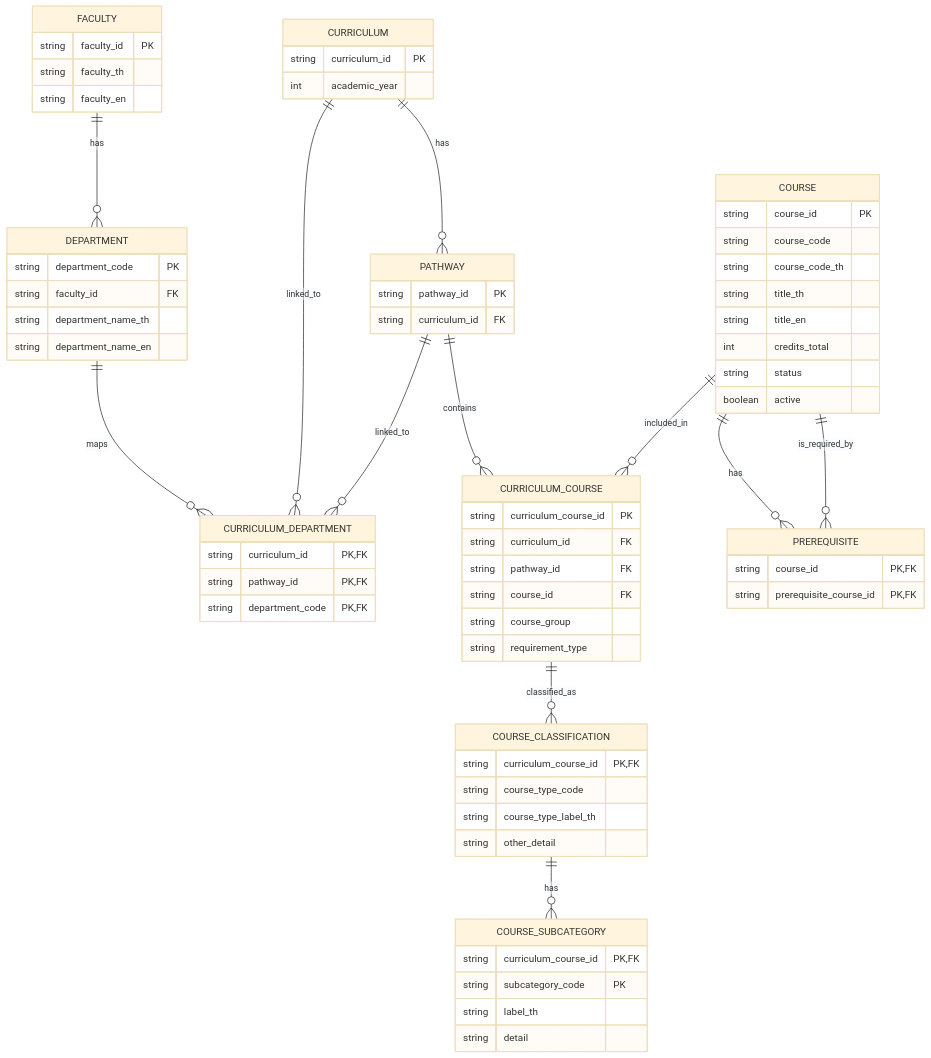
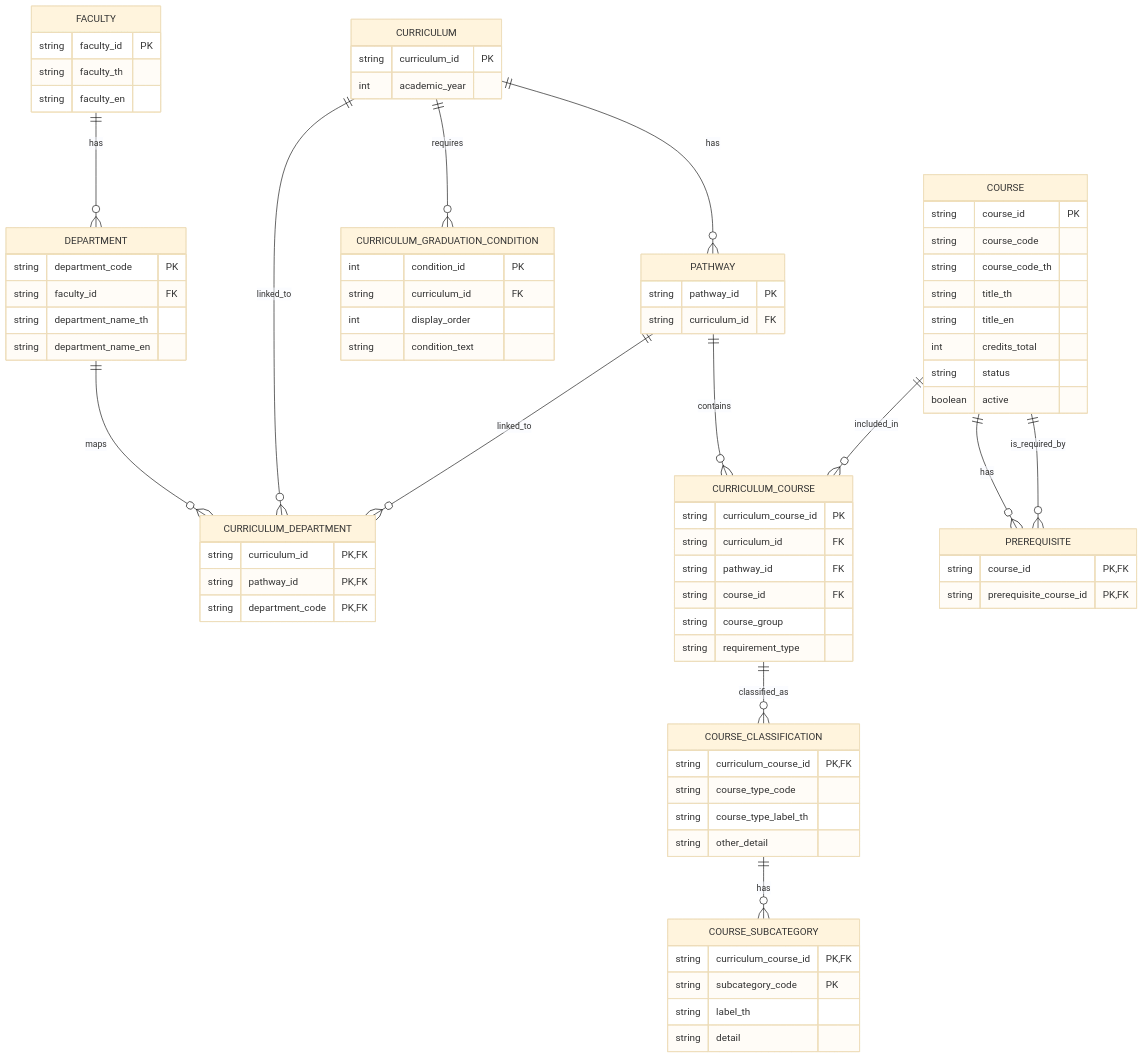
Before and after one commit to Songsatit/CS361Project: the diagram in docs/v2-data-model-erd.md, drawn with Mermaid (base theme). The commit also changed other lines of this file and 5 other files, not shown here.

````diff
--- a/docs/v2-data-model-erd.md
+++ b/docs/v2-data-model-erd.md
@@ -9,73 +9,80 @@
 ```mermaid
 erDiagram
     FACULTY ||--o{ DEPARTMENT : has
     DEPARTMENT ||--o{ CURRICULUM_DEPARTMENT : maps
     CURRICULUM ||--o{ PATHWAY : has
+    CURRICULUM ||--o{ CURRICULUM_GRADUATION_CONDITION : requires
     CURRICULUM ||--o{ CURRICULUM_DEPARTMENT : linked_to
     PATHWAY ||--o{ CURRICULUM_DEPARTMENT : linked_to
     PATHWAY ||--o{ CURRICULUM_COURSE : contains
     COURSE ||--o{ CURRICULUM_COURSE : included_in
     CURRICULUM_COURSE ||--o{ COURSE_CLASSIFICATION : classified_as
     COURSE_CLASSIFICATION ||--o{ COURSE_SUBCATEGORY : has
     COURSE ||--o{ PREREQUISITE : has
     COURSE ||--o{ PREREQUISITE : is_required_by
 
     FACULTY {
         string faculty_id PK
         string faculty_th
         string faculty_en
     }
     DEPARTMENT {
         string department_code PK
         string faculty_id FK
         string department_name_th
         string department_name_en
     }
     CURRICULUM {
         string curriculum_id PK
         int academic_year
+    }
+    CURRICULUM_GRADUATION_CONDITION {
+        int condition_id PK
+        string curriculum_id FK
+        int display_order
+        string condition_text
     }
     PATHWAY {
         string pathway_id PK
         string curriculum_id FK
     }
     COURSE {
         string course_id PK
         string course_code
         string course_code_th
         string title_th
         string title_en
         int credits_total
         string status
         boolean active
     }
     CURRICULUM_COURSE {
         string curriculum_course_id PK
         string curriculum_id FK
         string pathway_id FK
         string course_id FK
         string course_group
         string requirement_type
     }
     CURRICULUM_DEPARTMENT {
         string curriculum_id PK, FK
         string pathway_id PK, FK
         string department_code PK, FK
     }
     COURSE_CLASSIFICATION {
         string curriculum_course_id PK, FK
         string course_type_code
         string course_type_label_th
         string other_detail
     }
     COURSE_SUBCATEGORY {
         string curriculum_course_id PK, FK
         string subcategory_code PK
         string label_th
         string detail
     }
     PREREQUISITE {
         string course_id PK, FK
         string prerequisite_course_id PK, FK
     }
 ```
````
